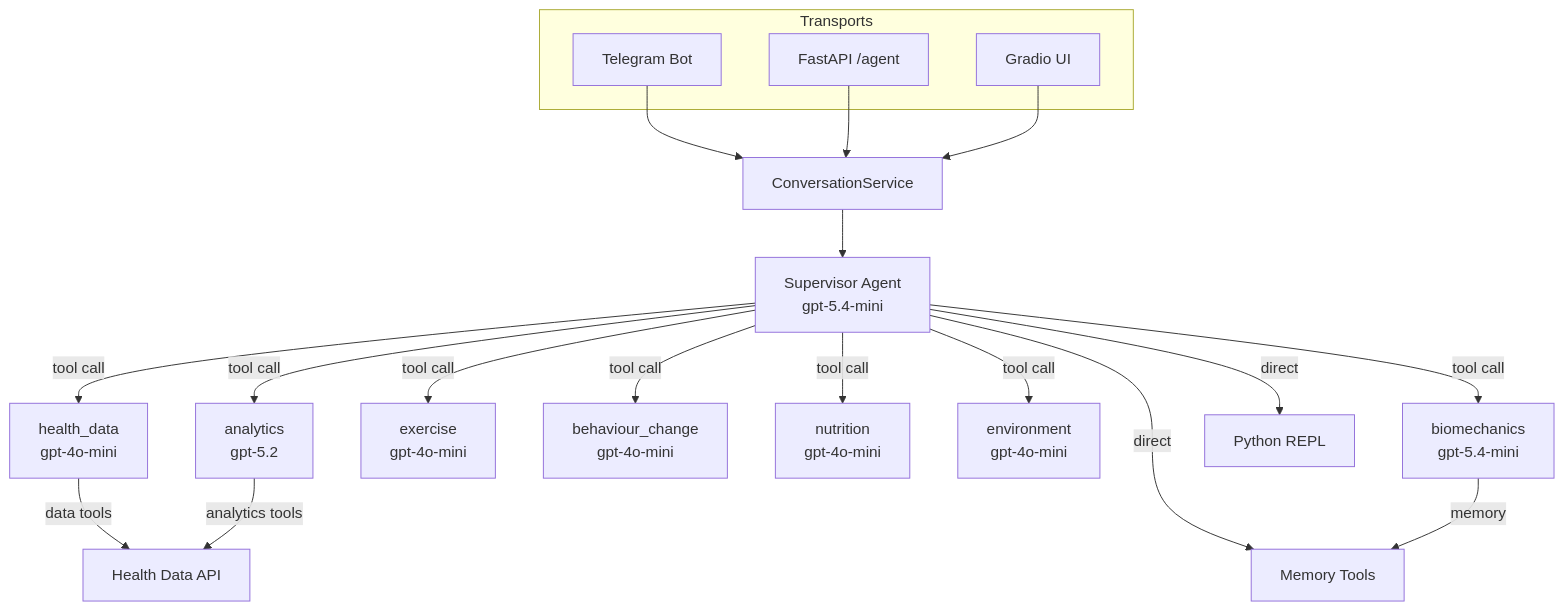
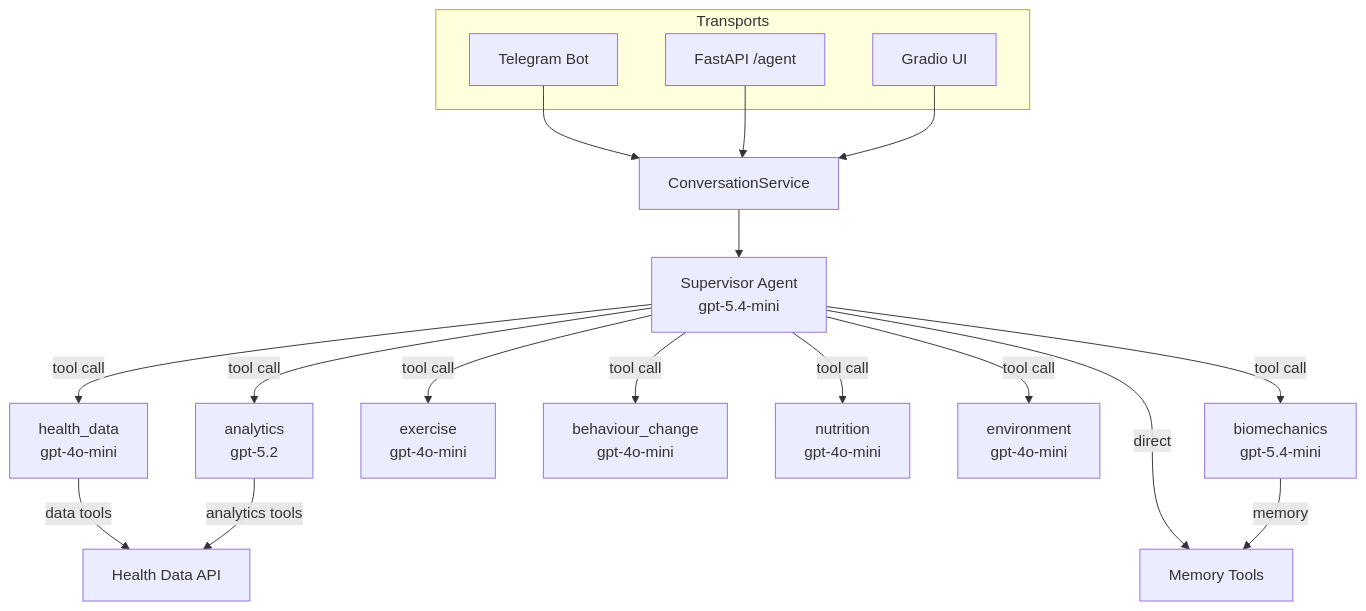
One commit to ald0405/whoop-data changed the first of 2 diagrams in whoopdata/agent/README.md. Above: the diagram before and after it, drawn with Mermaid. The commit also changed other lines of this file and 24 other files, not shown here.

````diff
--- a/whoopdata/agent/README.md
+++ b/whoopdata/agent/README.md
@@ -10,28 +10,27 @@
 ```mermaid
 flowchart TD
     subgraph Transports
         TG[Telegram Bot]
         API[FastAPI /agent]
         GR[Gradio UI]
     end
 
     TG --> CS[ConversationService]
     API --> CS
     GR --> CS
 
     CS --> SUP[Supervisor Agent<br/>gpt-5.4-mini]
 
     SUP -->|tool call| HD[health_data<br/>gpt-4o-mini]
     SUP -->|tool call| AN[analytics<br/>gpt-5.2]
     SUP -->|tool call| EX[exercise<br/>gpt-4o-mini]
     SUP -->|tool call| BC[behaviour_change<br/>gpt-4o-mini]
     SUP -->|tool call| NU[nutrition<br/>gpt-4o-mini]
     SUP -->|tool call| EN[environment<br/>gpt-4o-mini]
     SUP -->|tool call| BM[biomechanics<br/>gpt-5.4-mini]
-    SUP -->|direct| PY[Python REPL]
     SUP -->|direct| MEM[Memory Tools]
 
     HD -->|data tools| HAPI[Health Data API]
     AN -->|analytics tools| HAPI
     BM -->|memory| MEM
 ```
````
